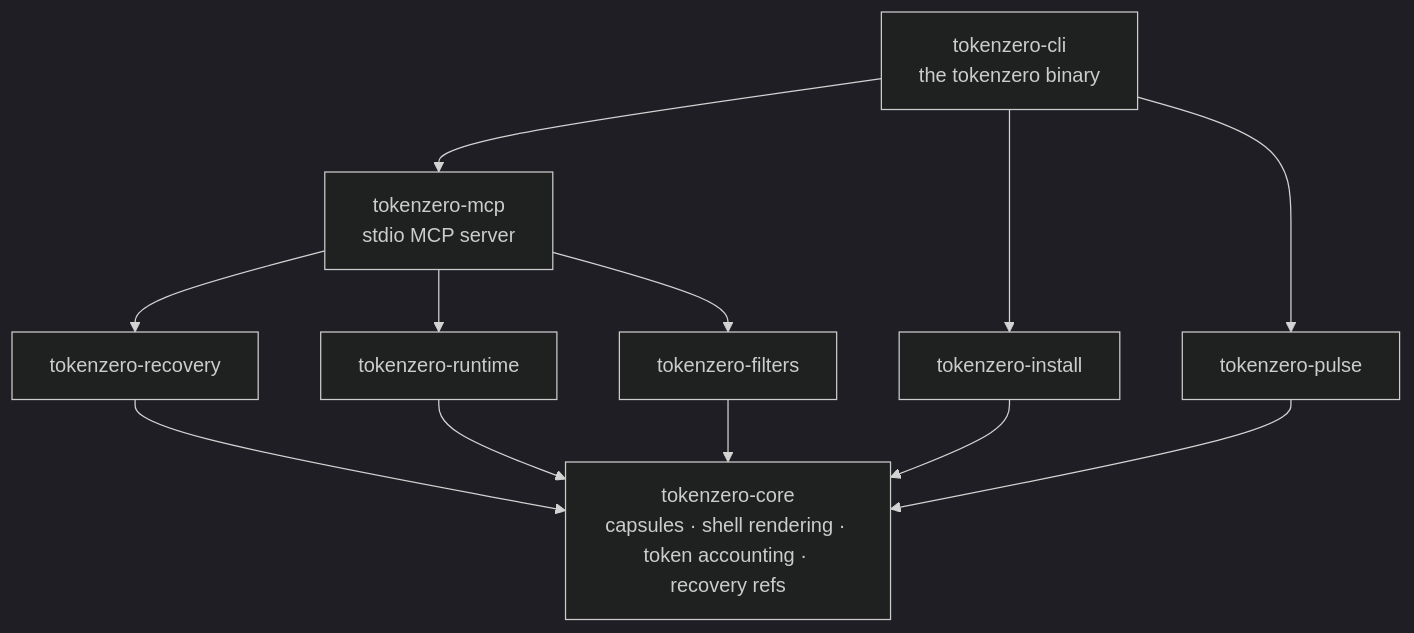
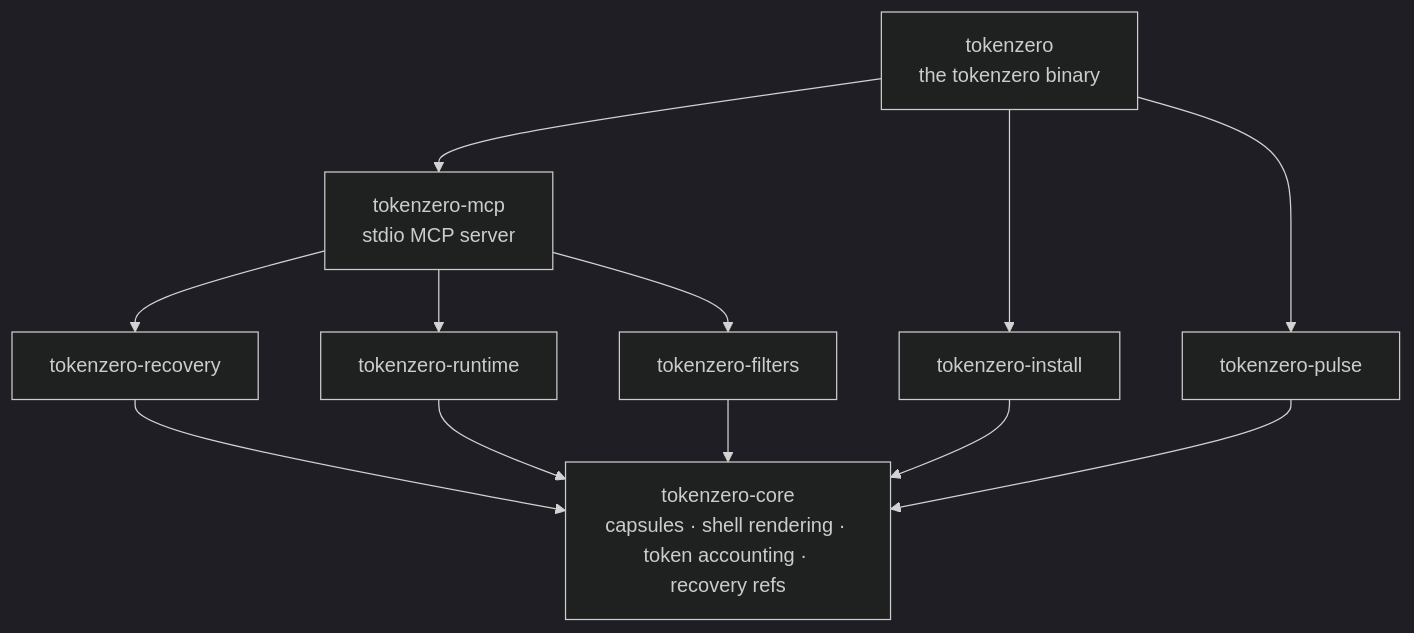
Before and after one commit to AdityaVG13/tokenzero: the second of 2 diagrams in README.md, drawn with Mermaid (dark theme). The commit also changed other lines of this file and 70 other files, not shown here.

First line of the commit message:
release: rename CLI package+dir to tokenzero, bump workspace to 1.0.0

````diff
--- a/README.md
+++ b/README.md
@@ -91,15 +91,15 @@
 ```mermaid
 flowchart TD
     CORE["tokenzero-core<br/>capsules · shell rendering · token accounting · recovery refs"]
     REC[tokenzero-recovery] --> CORE
     RUN[tokenzero-runtime] --> CORE
     FIL[tokenzero-filters] --> CORE
     INST[tokenzero-install] --> CORE
     PUL[tokenzero-pulse] --> CORE
     MCP["tokenzero-mcp<br/>stdio MCP server"] --> REC
     MCP --> RUN
     MCP --> FIL
-    CLI["tokenzero-cli<br/>the tokenzero binary"] --> MCP
+    CLI["tokenzero<br/>the tokenzero binary"] --> MCP
     CLI --> INST
     CLI --> PUL
 ```
````
